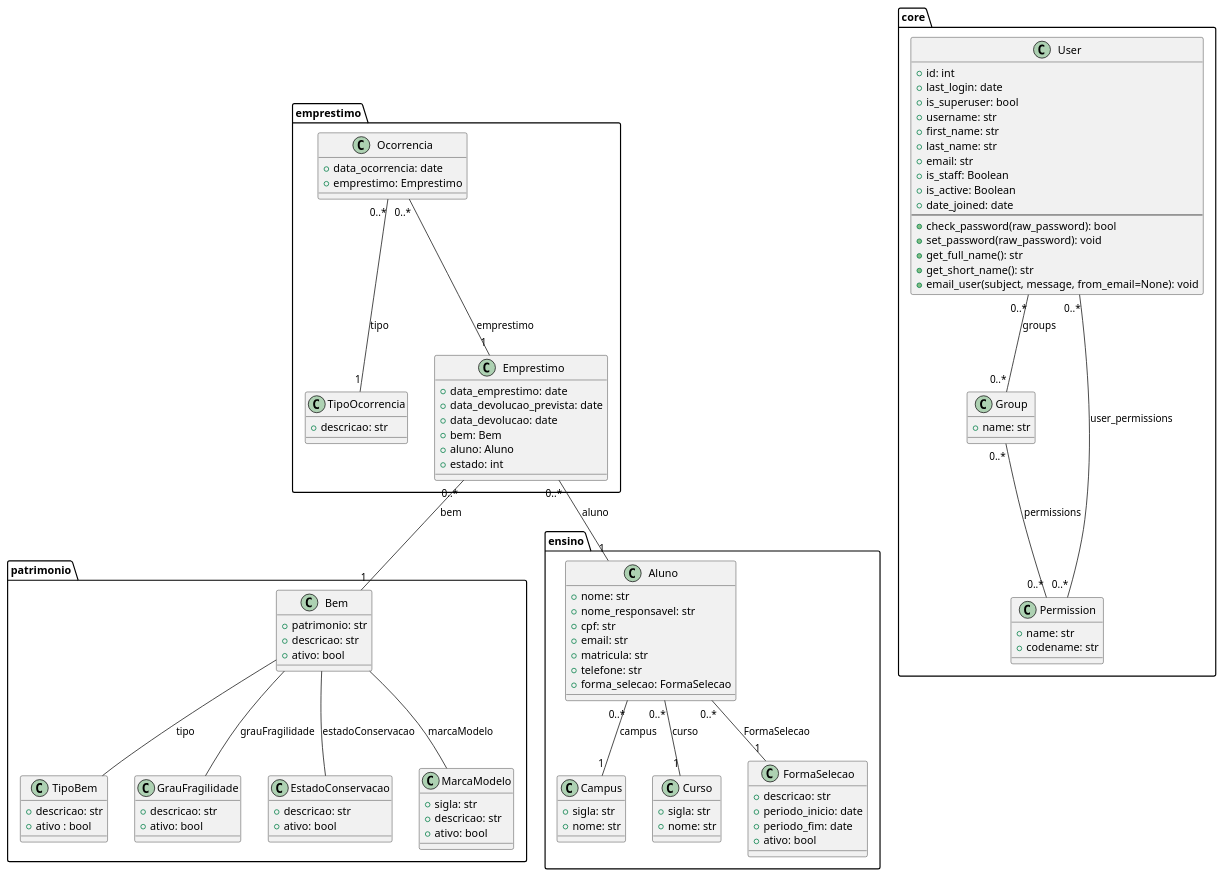
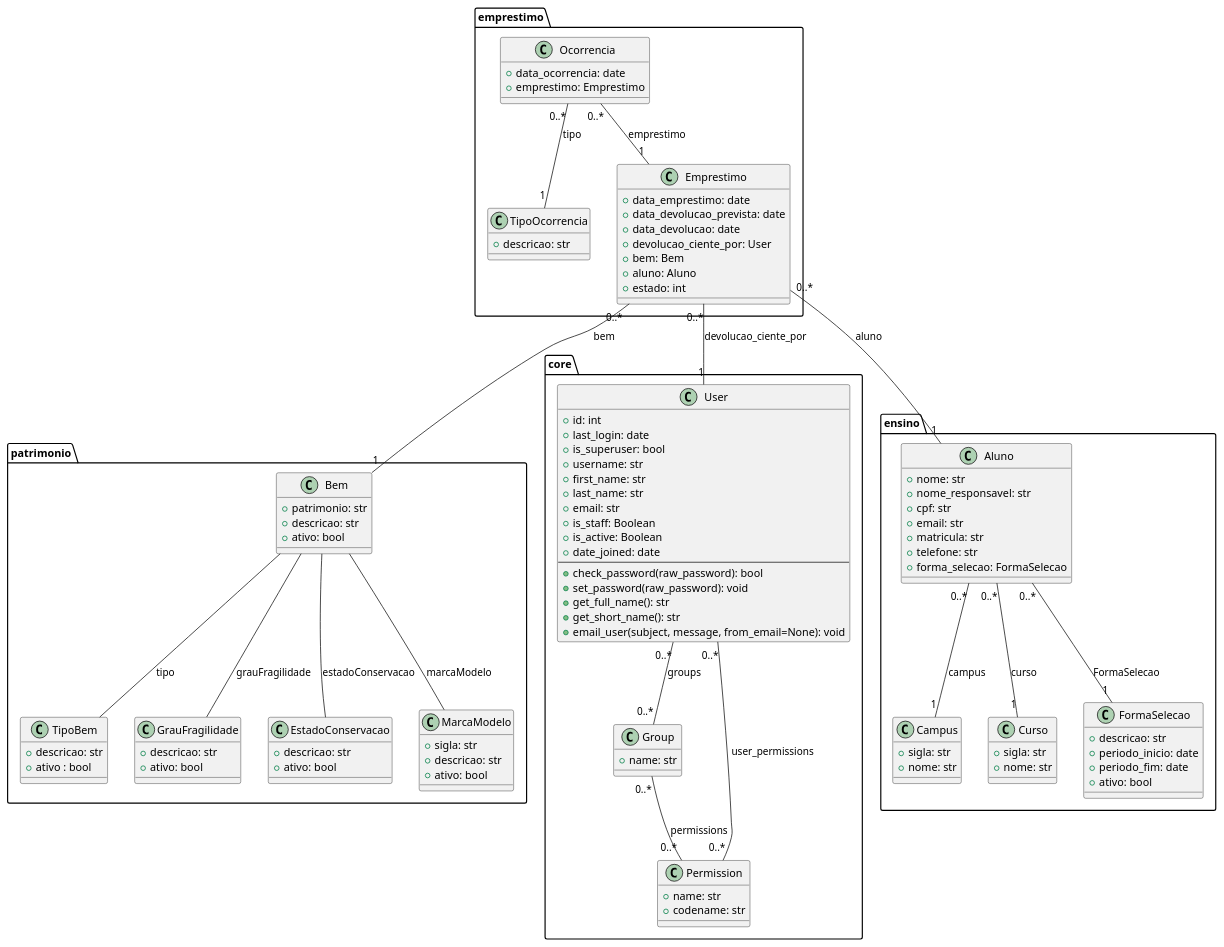
One commit to kavvata/sigemp changed the diagram in plant-uml/class-diagram.puml. Above: the diagram before and after it, drawn with PlantUML.

Commit message:
docs(class): adicionado ciencia do membro da comissao ao registrar devolucao do emprestimo

```diff
--- a/plant-uml/class-diagram.puml
+++ b/plant-uml/class-diagram.puml
@@ -1,129 +1,131 @@
 @startuml classes
 
 package "patrimonio" {
     class TipoBem {
         +descricao: str
         +ativo : bool
     }
 
     class GrauFragilidade {
         +descricao: str
         +ativo: bool
     }
 
     class EstadoConservacao {
         +descricao: str
         +ativo: bool
     }
 
     class MarcaModelo {
         +sigla: str
         +descricao: str
         +ativo: bool
     }
 
     class Bem {
         +patrimonio: str
         +descricao: str
         +ativo: bool
     }
 
     Bem -- TipoBem : "tipo"
     Bem -- GrauFragilidade : "grauFragilidade"
     Bem -- EstadoConservacao : "estadoConservacao"
     Bem -- MarcaModelo : "marcaModelo"
 }
 
 package "core" {
     class User {
         +id: int
         +last_login: date
         +is_superuser: bool
         +username: str
         +first_name: str
         +last_name: str
         +email: str
         +is_staff: Boolean
         +is_active: Boolean
         +date_joined: date
         --
         +check_password(raw_password): bool
         +set_password(raw_password): void
         +get_full_name(): str
         +get_short_name(): str
         +email_user(subject, message, from_email=None): void
     }
 
     class Group {
         +name: str
     }
 
     class Permission {
         +name: str
         +codename: str
     }
 
     User "0..*" -- "0..*" Group : "groups"
     User "0..*" -- "0..*" Permission : "user_permissions"
     Group "0..*" -- "0..*" Permission : "permissions"
 
 }
 
 package "ensino" {
     class Campus {
         +sigla: str
         +nome: str
     }
 
     class Curso {
         +sigla: str
         +nome: str
     }
 
     class FormaSelecao {
         +descricao: str
         +periodo_inicio: date
         +periodo_fim: date
         +ativo: bool
     }
 
     class Aluno {
         +nome: str
         +nome_responsavel: str
         +cpf: str
         +email: str
         +matricula: str
         +telefone: str
         +forma_selecao: FormaSelecao
     }
 
     Aluno "0..*" -- "1" FormaSelecao : "FormaSelecao"
     Aluno "0..*" -- "1" Campus : "campus"
     Aluno "0..*" -- "1" Curso : "curso"
 }
 
 package "emprestimo" {
     class TipoOcorrencia {
         +descricao: str
     }
     class Ocorrencia {
         +data_ocorrencia: date
         +emprestimo: Emprestimo
     }
     class Emprestimo {
         +data_emprestimo: date
         +data_devolucao_prevista: date
         +data_devolucao: date
+        +devolucao_ciente_por: User
         +bem: Bem
         +aluno: Aluno
         +estado: int
     }
 
+    Emprestimo "0..*" -- "1" User : "devolucao_ciente_por"
     Emprestimo "0..*" -- "1" Bem : "bem"
     Emprestimo "0..*" -- "1" Aluno : "aluno"
 
     Ocorrencia "0..*" -- "1" TipoOcorrencia : "tipo"
     Ocorrencia "0..*" -- "1" Emprestimo : "emprestimo"
 }
 
 @enduml
```
